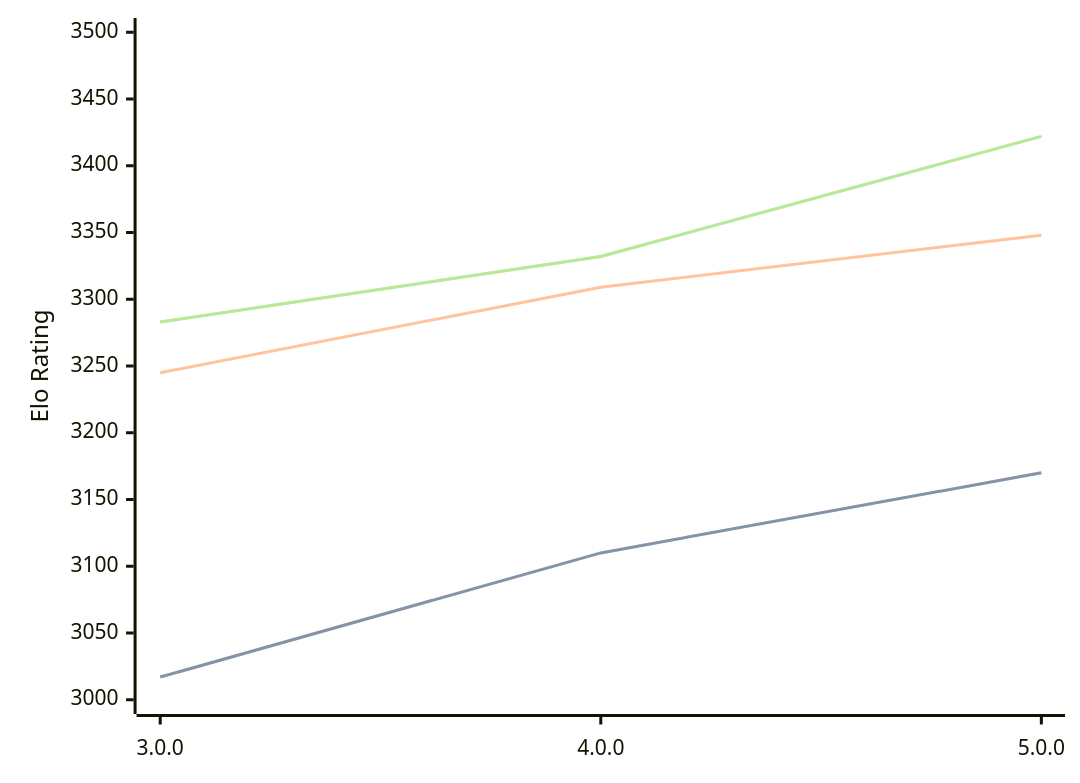
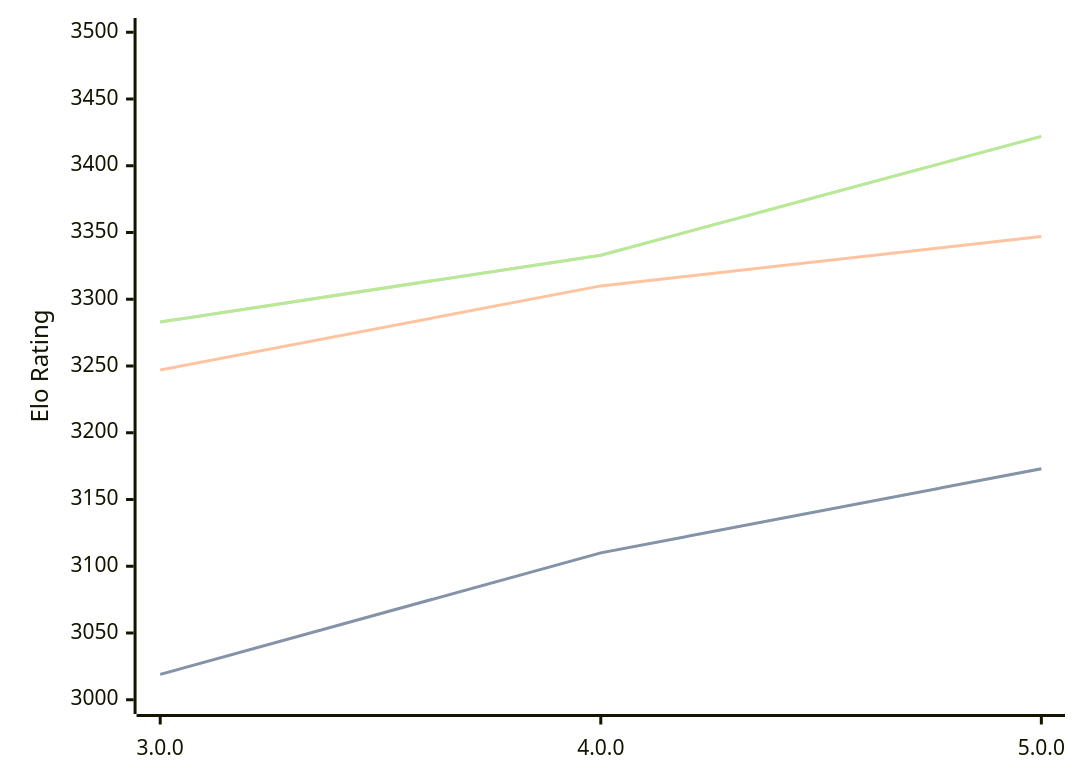
One commit to computer-chess-index/cci changed the diagram in engines/Minke.md. Above: the diagram before and after it, drawn with Mermaid. The commit also changed other lines of this file, not shown here.

Commit message:
Update CCI Ratings (ELO VLTC) - 2026-03-14

````diff
--- a/engines/Minke.md
+++ b/engines/Minke.md
@@ -33,11 +33,11 @@
 ```mermaid
 %%{init: {"theme":"base","themeVariables":{"seriesColors:['#a3a3a3','#222221','#faa371']}}}%%
 xychart-beta
   x-axis ["3.0.0", "4.0.0", "5.0.0"]
   y-axis "Elo Rating" 3000 --> 3500
-  line "STC (8.0+0.08s)" [3017, 3110, 3170]
-  line "STC (8.0+0.08s)" [3017, 3110, 3170]
-  line "LTC (60.0+0.60s)" [3245, 3309, 3348]
-  line "VLTC (2m24s+1.12s)" [3283, 3332, 3422]
-  line "VLTC (2m24s+1.12s)" [3283, 3332, 3422]
+  line "STC (8.0+0.08s)" [3019, 3110, 3173]
+  line "STC (8.0+0.08s)" [3019, 3110, 3173]
+  line "LTC (60.0+0.60s)" [3247, 3310, 3347]
+  line "VLTC (2m24s+1.12s)" [3283, 3333, 3422]
+  line "VLTC (2m24s+1.12s)" [3283, 3333, 3422]
 ```
````
